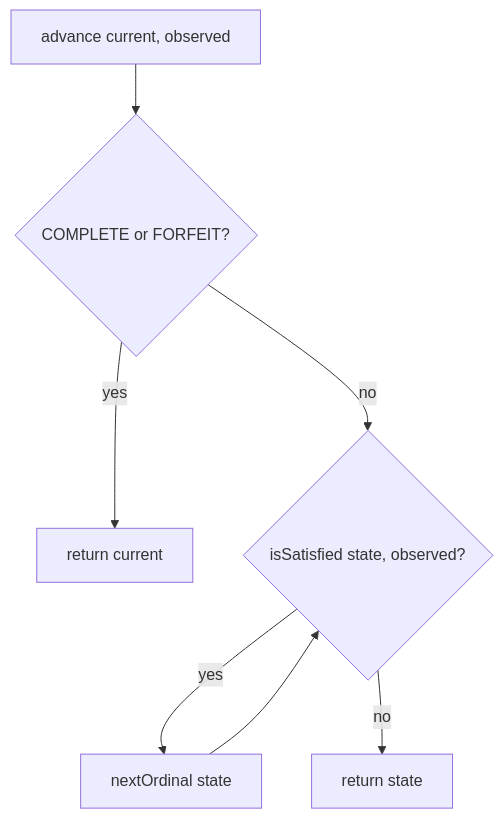
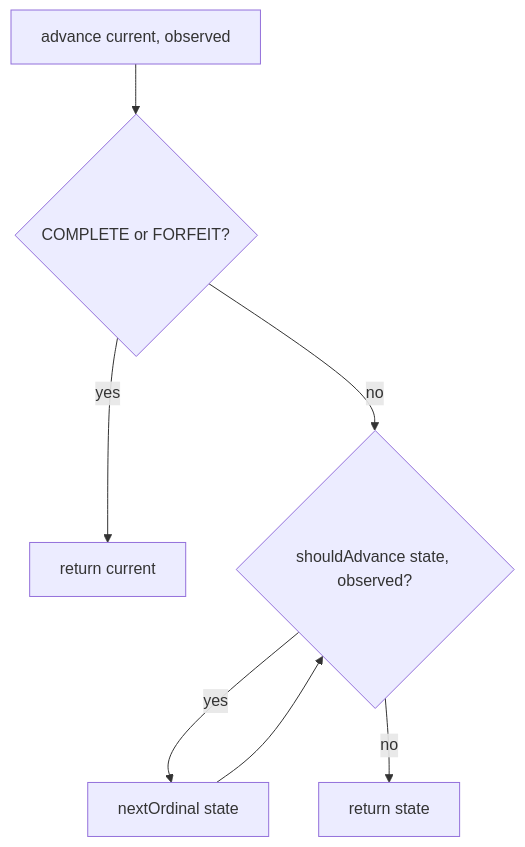
One commit to bradsk88/Questown changed the second of 3 diagrams in src/main/java/ca/bradj/questown/mobs/helperchicken/COMPLEX.md. Above: the diagram before and after it, drawn with Mermaid. The commit also changed other lines of this file and 12 other files, not shown here.

````diff
--- a/src/main/java/ca/bradj/questown/mobs/helperchicken/COMPLEX.md
+++ b/src/main/java/ca/bradj/questown/mobs/helperchicken/COMPLEX.md
@@ -46,9 +47,9 @@
 ```mermaid
 flowchart TD
   advance[advance current, observed] --> term{COMPLETE or FORFEIT?}
   term -->|yes| ret[return current]
-  term -->|no| loop{isSatisfied state, observed?}
+  term -->|no| loop{shouldAdvance state, observed?}
   loop -->|yes| next[nextOrdinal state]
   next --> loop
   loop -->|no| ret2[return state]
 ```
````
